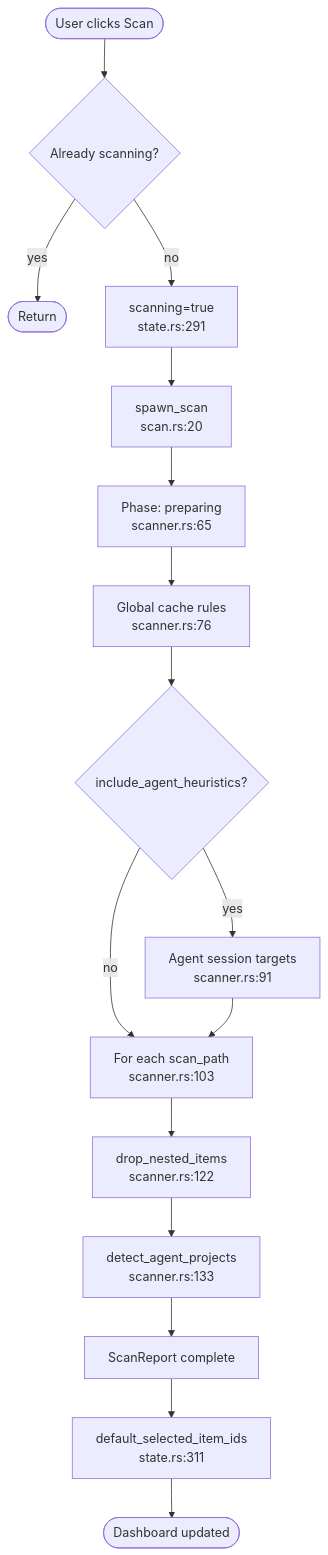
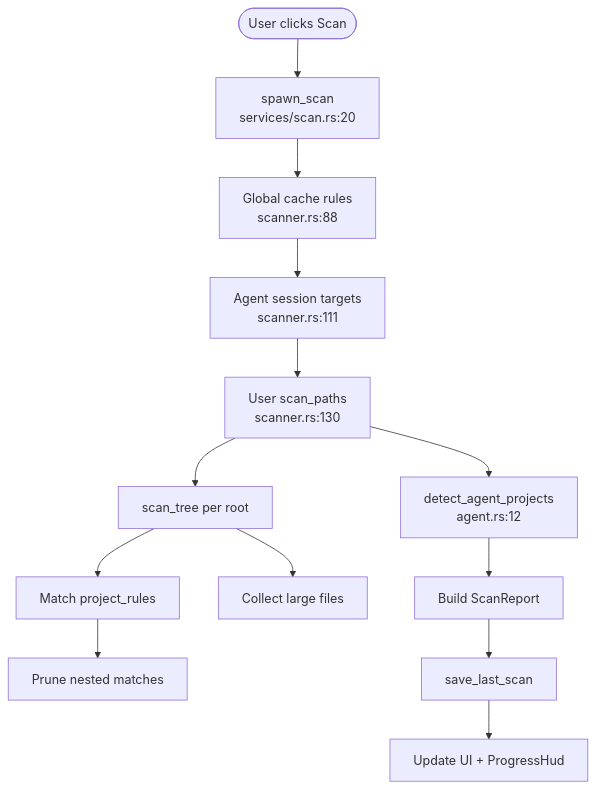
Before and after one commit to sopaco/CLV3000-Plus: the fourth of 7 diagrams in .terrain/human/3.Workflows.md, drawn with Mermaid. The commit also changed other lines of this file and 55 other files, not shown here.

````diff
--- a/.terrain/human/3.Workflows.md
+++ b/.terrain/human/3.Workflows.md
@@ -38,18 +93,15 @@
 ```mermaid
 flowchart TD
-    Start([User clicks Scan]) --> CheckScanning{Already scanning?}
-    CheckScanning -->|yes| EndSkip([Return])
-    CheckScanning -->|no| SetFlags["scanning=true<br/>state.rs:291"]
-    SetFlags --> Spawn["spawn_scan<br/>scan.rs:20"]
-    Spawn --> PhasePrep["Phase: preparing<br/>scanner.rs:65"]
-    PhasePrep --> PhaseGlobal["Global cache rules<br/>scanner.rs:76"]
-    PhaseGlobal --> PhaseAgent{"include_agent_heuristics?"}
-    PhaseAgent -->|yes| PhaseSessions["Agent session targets<br/>scanner.rs:91"]
-    PhaseAgent -->|no| PhaseRoots
-    PhaseSessions --> PhaseRoots["For each scan_path<br/>scanner.rs:103"]
-    PhaseRoots --> Prune["drop_nested_items<br/>scanner.rs:122"]
-    Prune --> AgentProjects["detect_agent_projects<br/>scanner.rs:133"]
-    AgentProjects --> DoneReport["ScanReport complete"]
-    DoneReport --> UIUpdate["default_selected_item_ids<br/>state.rs:311"]
-    UIUpdate --> End([Dashboard updated])
+    Start([User clicks Scan]) --> Spawn["spawn_scan<br/>services/scan.rs:20"]
+    Spawn --> Phase1["Global cache rules<br/>scanner.rs:88"]
+    Phase1 --> Phase2["Agent session targets<br/>scanner.rs:111"]
+    Phase2 --> Phase3["User scan_paths<br/>scanner.rs:130"]
+    Phase3 --> TreeWalk["scan_tree per root"]
+    TreeWalk --> MatchRules["Match project_rules"]
+    MatchRules --> PruneNested["Prune nested matches"]
+    TreeWalk --> LargeFiles["Collect large files"]
+    Phase3 --> AgentDetect["detect_agent_projects<br/>agent.rs:12"]
+    AgentDetect --> Report["Build ScanReport"]
+    Report --> Save["save_last_scan"]
+    Save --> Notify["Update UI + ProgressHud"]
 ```
````
